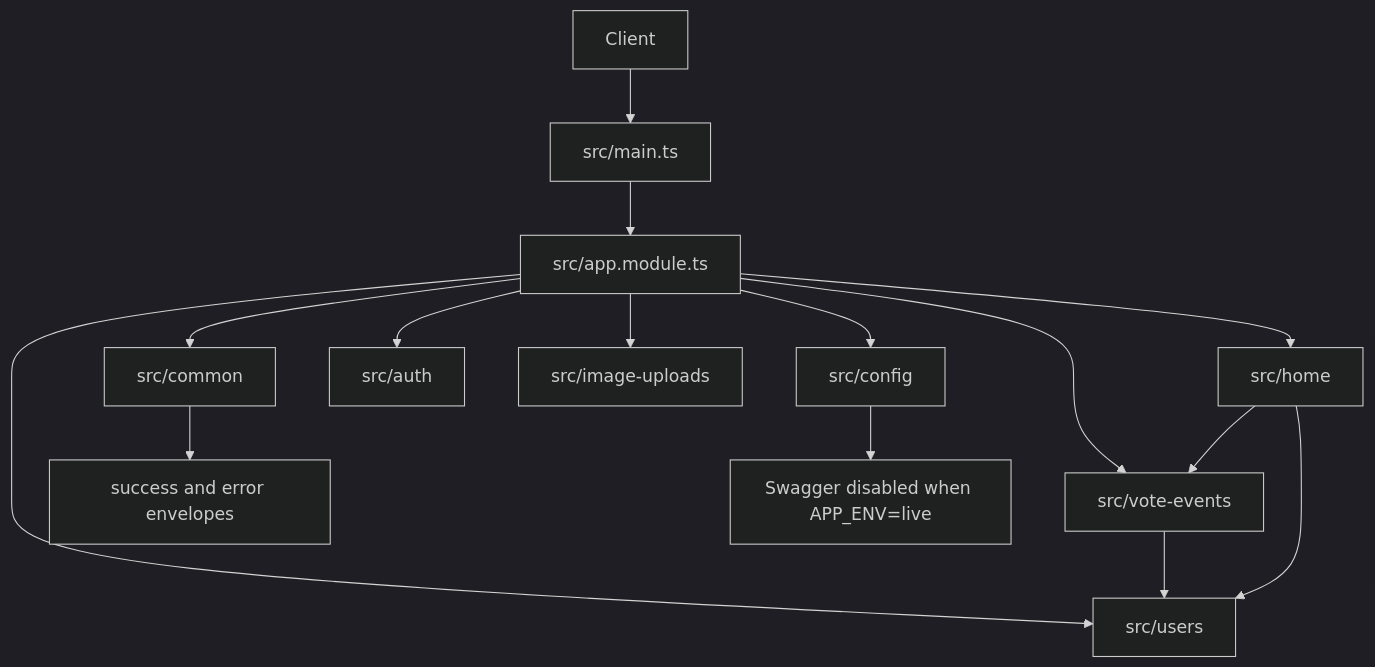
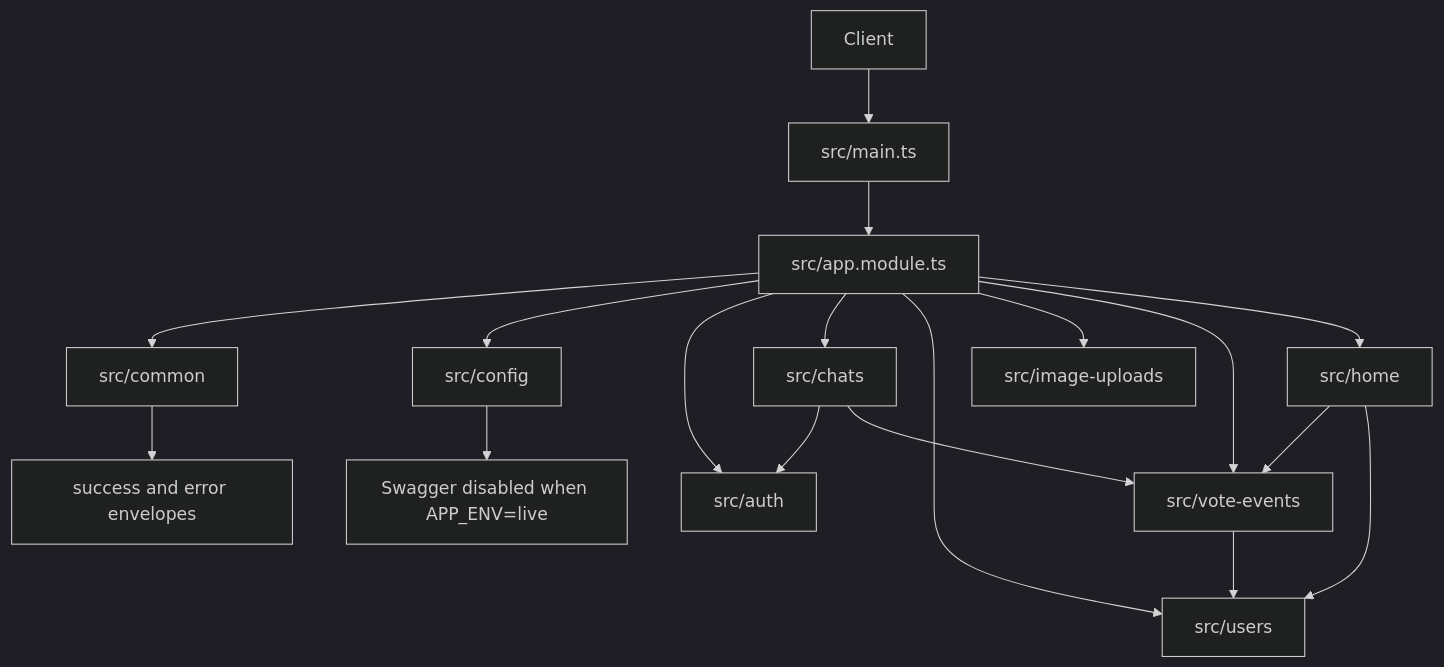
One commit to jei-seesaw/seesaw-api changed the diagram in docs/ARCHITECTURE.md. Above: the diagram before and after it, drawn with Mermaid (dark theme). The commit also changed other lines of this file and 26 other files, not shown here.

````diff
--- a/docs/ARCHITECTURE.md
+++ b/docs/ARCHITECTURE.md
@@ -9,17 +9,20 @@
 ```mermaid
 flowchart TD
   Client[Client] --> Main[src/main.ts]
   Main --> App[src/app.module.ts]
   App --> Common[src/common]
   App --> Config[src/config]
   App --> Auth[src/auth]
+  App --> Chats[src/chats]
   App --> Users[src/users]
   App --> ImageUploads[src/image-uploads]
   App --> VoteEvents[src/vote-events]
   App --> Home[src/home]
   VoteEvents --> Users
+  Chats --> Auth
+  Chats --> VoteEvents
   Home --> VoteEvents
   Home --> Users
   Common --> Envelope[success and error envelopes]
   Config --> Swagger[Swagger disabled when APP_ENV=live]
 ```
````
